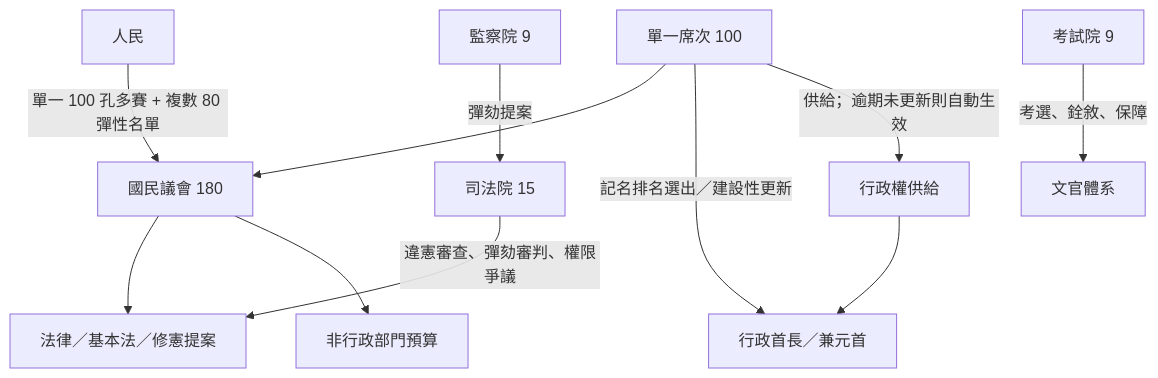
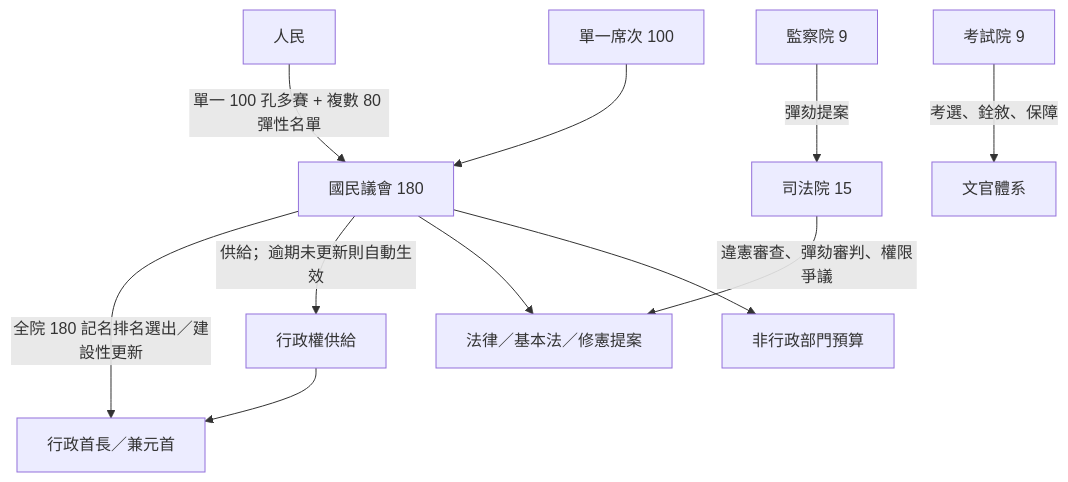
Before and after one commit to IRonROOT578/Political-Economy-Research-Public: the first of 12 diagrams in topics/regime-designs/designs/台灣/一院議會制/憲政架構圖.md, drawn with Mermaid. The commit also changed other lines of this file and 241 other files, not shown here.

````diff
--- a/topics/regime-designs/designs/台灣/一院議會制/憲政架構圖.md
+++ b/topics/regime-designs/designs/台灣/一院議會制/憲政架構圖.md
@@ -7,17 +7,17 @@
 ```mermaid
 flowchart TD
   People[人民]
   People -->|單一 100 孔多賽 + 複數 80 彈性名單| NA[國民議會 180]
   SMD[單一席次 100] --> NA
-  SMD -->|記名排名選出／建設性更新| Chief[行政首長／兼元首]
-  SMD -->|供給；逾期未更新則自動生效| Supply[行政權供給]
+  NA -->|全院 180 記名排名選出／建設性更新| Chief[行政首長／兼元首]
+  NA -->|供給；逾期未更新則自動生效| Supply[行政權供給]
   Supply --> Chief
   NA --> Law[法律／基本法／修憲提案]
   NA --> OthBud[非行政部門預算]
   J[司法院 15]
   S[監察院 9]
   E[考試院 9]
   S -->|彈劾提案| J
   J -->|違憲審查、彈劾審判、權限爭議| Law
   E -->|考選、銓敘、保障| Civil[文官體系]
 ```
````
